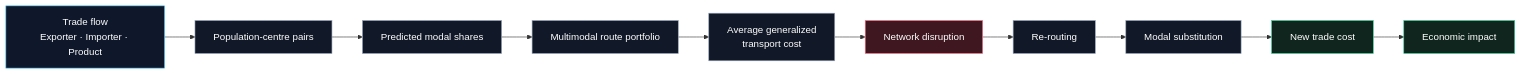
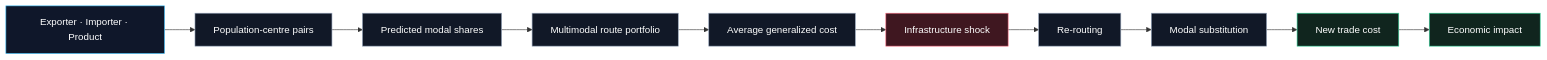
One commit to marco-meyer-21245/Master-Thesis-Demo changed the diagram in README.md. Above: the diagram before and after it, drawn with Mermaid. The commit also changed other lines of this file, not shown here.

````diff
--- a/README.md
+++ b/README.md
@@ -77,23 +94,23 @@
 ```mermaid
 flowchart LR
-    A["Trade flow<br/>Exporter · Importer · Product"] --> B["Population-centre pairs"]
+    A["Exporter · Importer · Product"] --> B["Population-centre pairs"]
     B --> C["Predicted modal shares"]
     C --> D["Multimodal route portfolio"]
-    D --> E["Average generalized<br/>transport cost"]
-    E --> F["Network disruption"]
+    D --> E["Average generalized cost"]
+    E --> F["Infrastructure shock"]
     F --> G["Re-routing"]
     G --> H["Modal substitution"]
     H --> I["New trade cost"]
     I --> J["Economic impact"]
 
     classDef input fill:#0f172a,stroke:#38bdf8,color:#ffffff;
     classDef model fill:#111827,stroke:#94a3b8,color:#ffffff;
     classDef shock fill:#3f1720,stroke:#fb7185,color:#ffffff;
     classDef output fill:#10251e,stroke:#34d399,color:#ffffff;
 
     class A input;
     class B,C,D,E model;
     class F shock;
     class G,H model;
     class I,J output;
 ```
````
